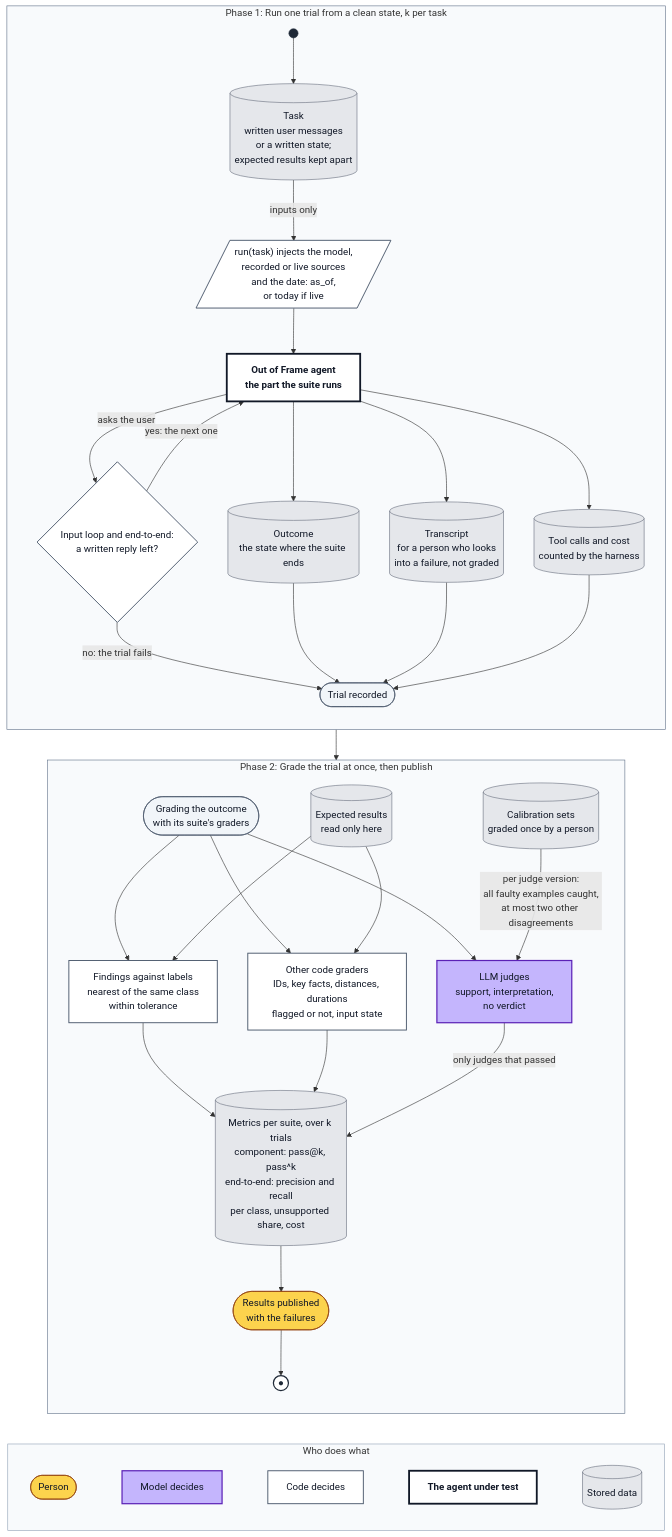
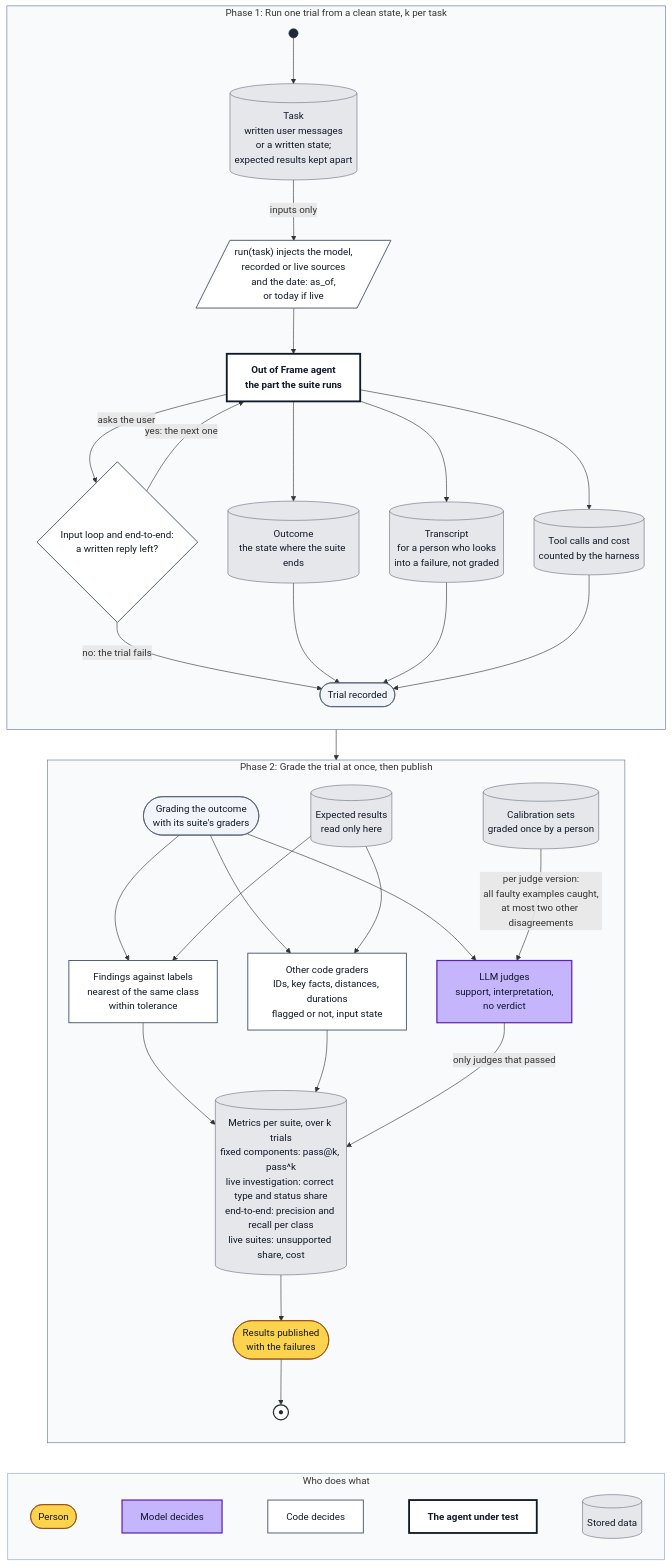
The diagram in docs/eval-architecture.md (avashchenkov/out-of-frame), drawn with Mermaid before and after one commit. The commit also changed other lines of this file and 2 other files, not shown here.

Commit message:
docs: prioritize early web investigation and incremental evals

````diff
--- a/docs/eval-architecture.md
+++ b/docs/eval-architecture.md
@@ -420,75 +424,75 @@
 ```mermaid
 flowchart TD
     subgraph TRIALS["Phase 1: Run one trial from a clean state, k per task"]
         direction TB
         START((" ")):::start
         TASK[("Task<br/>written user messages<br/>or a written state;<br/>expected results kept apart")]:::data
         INJ[/"run(task) injects the model,<br/>recorded or live sources<br/>and the date: as_of,<br/>or today if live"/]:::code
         AG["Out of Frame agent<br/>the part the suite runs"]:::sut
         RPL{"Input loop and end-to-end:<br/>a written reply left?"}:::code
         OUTC[("Outcome<br/>the state where the suite ends")]:::data
         TRN[("Transcript<br/>for a person who looks<br/>into a failure, not graded")]:::data
         CNT[("Tool calls and cost<br/>counted by the harness")]:::data
         RD(["Trial recorded"]):::milestone
         START --> TASK
         TASK -->|"inputs only"| INJ
         INJ --> AG
         AG -->|"asks the user"| RPL
         RPL -->|"yes: the next one"| AG
         RPL -->|"no: the trial fails"| RD
         AG --> OUTC
         AG --> TRN
         AG --> CNT
         OUTC --> RD
         TRN --> RD
         CNT --> RD
     end
 
     subgraph GRADE["Phase 2: Grade the trial at once, then publish"]
         direction TB
         GS(["Grading the outcome<br/>with its suite's graders"]):::milestone
         SC[("Expected results<br/>read only here")]:::data
         MATCH["Findings against labels<br/>nearest of the same class<br/>within tolerance"]:::code
         CG["Other code graders<br/>IDs, key facts, distances, durations<br/>flagged or not, input state"]:::code
         JG["LLM judges<br/>support, interpretation,<br/>no verdict"]:::model
         CAL[("Calibration sets<br/>graded once by a person")]:::data
-        MET[("Metrics per suite, over k trials<br/>component: pass@k, pass^k<br/>end-to-end: precision and recall<br/>per class, unsupported share, cost")]:::data
+        MET[("Metrics per suite, over k trials<br/>fixed components: pass@k, pass^k<br/>live investigation: correct type and status share<br/>end-to-end: precision and recall per class<br/>live suites: unsupported share, cost")]:::data
         PUB(["Results published<br/>with the failures"]):::human
         STOP(("●")):::stop
         GS --> MATCH
         GS --> CG
         GS --> JG
         SC --> MATCH
         SC --> CG
         CAL -->|"per judge version:<br/>all faulty examples caught,<br/>at most two other disagreements"| JG
         MATCH --> MET
         CG --> MET
         JG -->|"only judges that passed"| MET
         MET --> PUB --> STOP
     end
 
     TRIALS --> GRADE
 
     subgraph KEY["Who does what"]
         direction LR
         k1(["Person"]):::human
         k2["Model decides"]:::model
         k3["Code decides"]:::code
         k6["The agent under test"]:::sut
         k4[("Stored data")]:::data
         k1 ~~~ k2 ~~~ k3 ~~~ k6 ~~~ k4
     end
     GRADE ~~~ KEY
 
     classDef human fill:#fcd34d,stroke:#92400e,color:#111827
     classDef model fill:#c4b5fd,stroke:#5b21b6,stroke-width:2px,color:#111827
     classDef code fill:#ffffff,stroke:#475569,stroke-width:1.5px,color:#111827
     classDef sut fill:#ffffff,stroke:#111827,stroke-width:3px,color:#111827,font-weight:bold
     classDef data fill:#e5e7eb,stroke:#6b7280,color:#111827
     classDef milestone fill:#f1f5f9,stroke:#475569,color:#111827
     classDef start fill:#1f2937,stroke:#1f2937,color:#1f2937
     classDef stop fill:#ffffff,stroke:#1f2937,stroke-width:2px,color:#1f2937
     style TRIALS fill:#f8fafc,stroke:#64748b
     style GRADE fill:#f8fafc,stroke:#64748b
     style KEY fill:#f8fafc,stroke:#94a3b8
 ```
````
